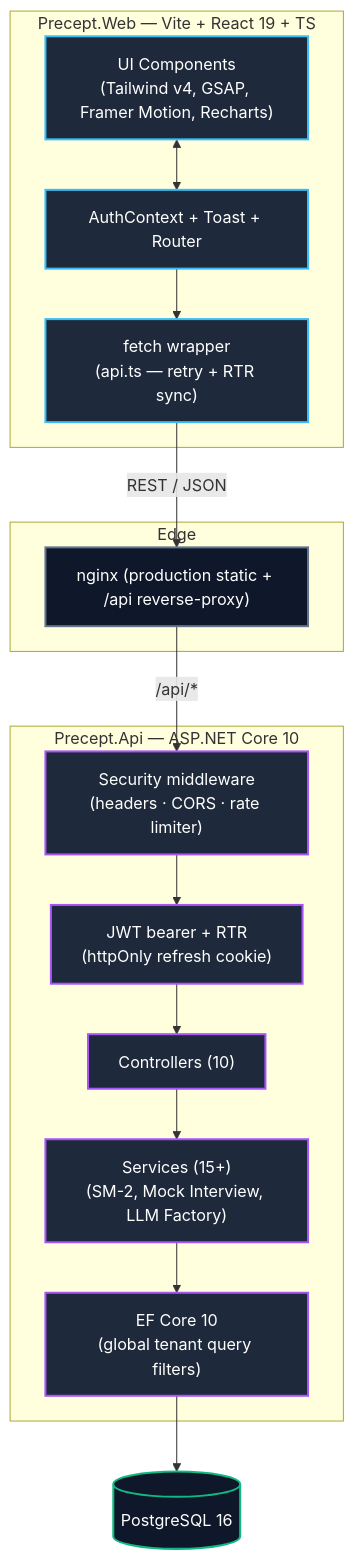
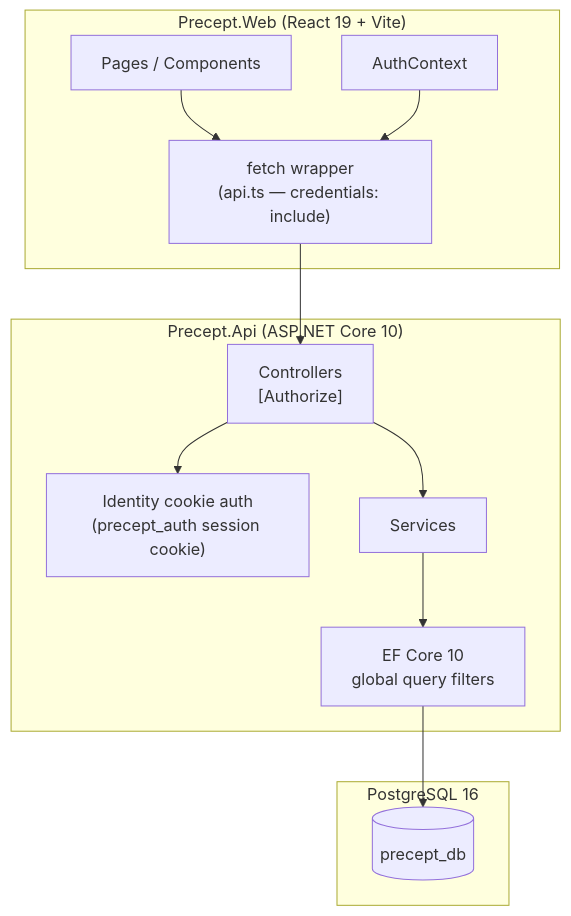
The first of 2 diagrams in README.md (austinchima/Precept), drawn with Mermaid before and after one commit. The commit also changed other lines of this file, not shown here.

Commit message:
docs: rewrite README auth/security section for Identity cookie auth (M1)

````diff
--- a/README.md
+++ b/README.md
@@ -75,37 +60,24 @@
 ```mermaid
-graph TD
-    classDef frontend fill:#1E293B,stroke:#38BDF8,stroke-width:2px,color:#fff;
-    classDef backend  fill:#1E293B,stroke:#A855F7,stroke-width:2px,color:#fff;
-    classDef database fill:#0F172A,stroke:#10B981,stroke-width:2px,color:#fff;
-    classDef edge     fill:#0F172A,stroke:#64748B,stroke-width:2px,color:#fff;
-
-    subgraph Client ["Precept.Web — Vite + React 19 + TS"]
-        UI["UI Components<br/>(Tailwind v4, GSAP, Framer Motion, Recharts)"]:::frontend
-        Ctx["AuthContext + Toast + Router"]:::frontend
-        HTTP["fetch wrapper<br/>(api.ts — retry + RTR sync)"]:::frontend
+graph TB
+    subgraph Frontend["Precept.Web (React 19 + Vite)"]
+        UI["Pages / Components"]:::frontend
+        HTTP["fetch wrapper<br/>(api.ts — credentials: include)"]:::frontend
+        CTX["AuthContext"]:::frontend
     end
 
-    subgraph Edge ["Edge"]
-        NG["nginx (production static + /api reverse-proxy)"]:::edge
+    subgraph Backend["Precept.Api (ASP.NET Core 10)"]
+        AUTH["Identity cookie auth<br/>(precept_auth session cookie)"]:::backend
+        CTRL["Controllers<br/>[Authorize]"]:::backend
+        SVC["Services"]:::backend
+        EF["EF Core 10<br/>global query filters"]:::backend
     end
 
-    subgraph Server ["Precept.Api — ASP.NET Core 10"]
-        SEC["Security middleware<br/>(headers · CORS · rate limiter)"]:::backend
-        AUTH["JWT bearer + RTR<br/>(httpOnly refresh cookie)"]:::backend
-        CTRL["Controllers (10)"]:::backend
-        SVC["Services (15+)<br/>(SM-2, Mock Interview, LLM Factory)"]:::backend
-        EF["EF Core 10<br/>(global tenant query filters)"]:::backend
+    subgraph Data["PostgreSQL 16"]
+        DB[(precept_db)]:::data
     end
 
-    DB[("PostgreSQL 16")]:::database
-
-    UI <--> Ctx
-    Ctx --> HTTP
-    HTTP -->|REST / JSON| NG
-    NG -->|/api/*| SEC
-    SEC --> AUTH
-    AUTH --> CTRL
-    CTRL --> SVC
-    SVC --> EF
-    EF --> DB
+    UI --> HTTP --> CTRL
+    CTX --> HTTP
+    CTRL --> AUTH
+    CTRL --> SVC --> EF --> DB
 ```
````
